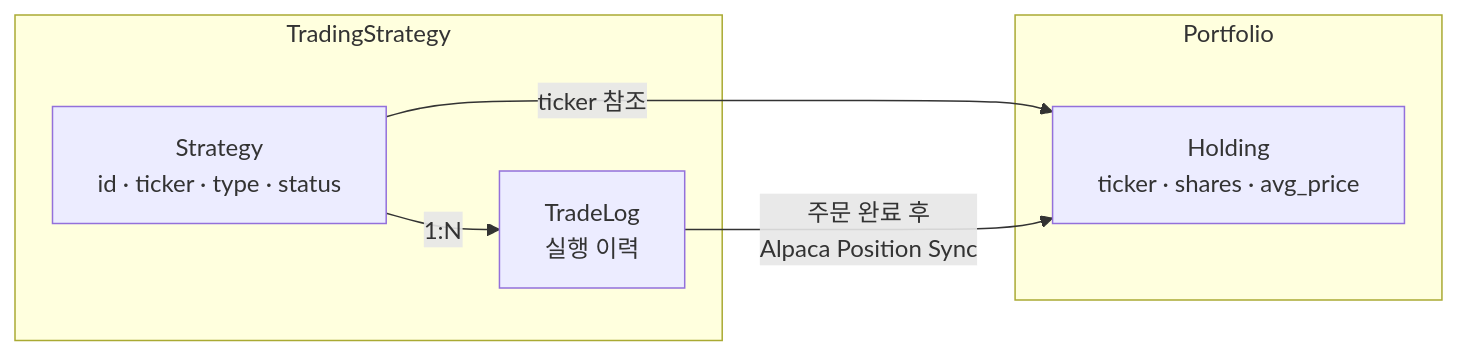
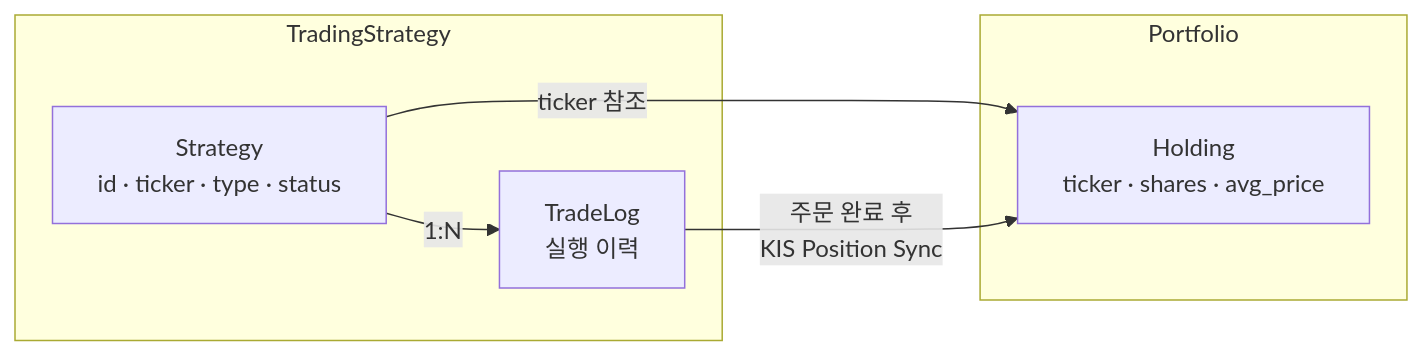
Before and after one commit to yogurt-c/auto-trading: the second of 5 diagrams in .claude/docs/architecture-ddd.md, drawn with Mermaid. The commit also changed other lines of this file and 5 other files, not shown here.

````diff
--- a/.claude/docs/architecture-ddd.md
+++ b/.claude/docs/architecture-ddd.md
@@ -91,15 +91,15 @@
 ```mermaid
 graph LR
     subgraph Portfolio
         H[Holding<br/>ticker · shares · avg_price]
     end
 
     subgraph TradingStrategy
         S[Strategy<br/>id · ticker · type · status]
         TL[TradeLog<br/>실행 이력]
         S -->|1:N| TL
     end
 
     S -->|ticker 참조| H
-    TL -->|주문 완료 후<br/>Alpaca Position Sync| H
+    TL -->|주문 완료 후<br/>KIS Position Sync| H
 ```
````
